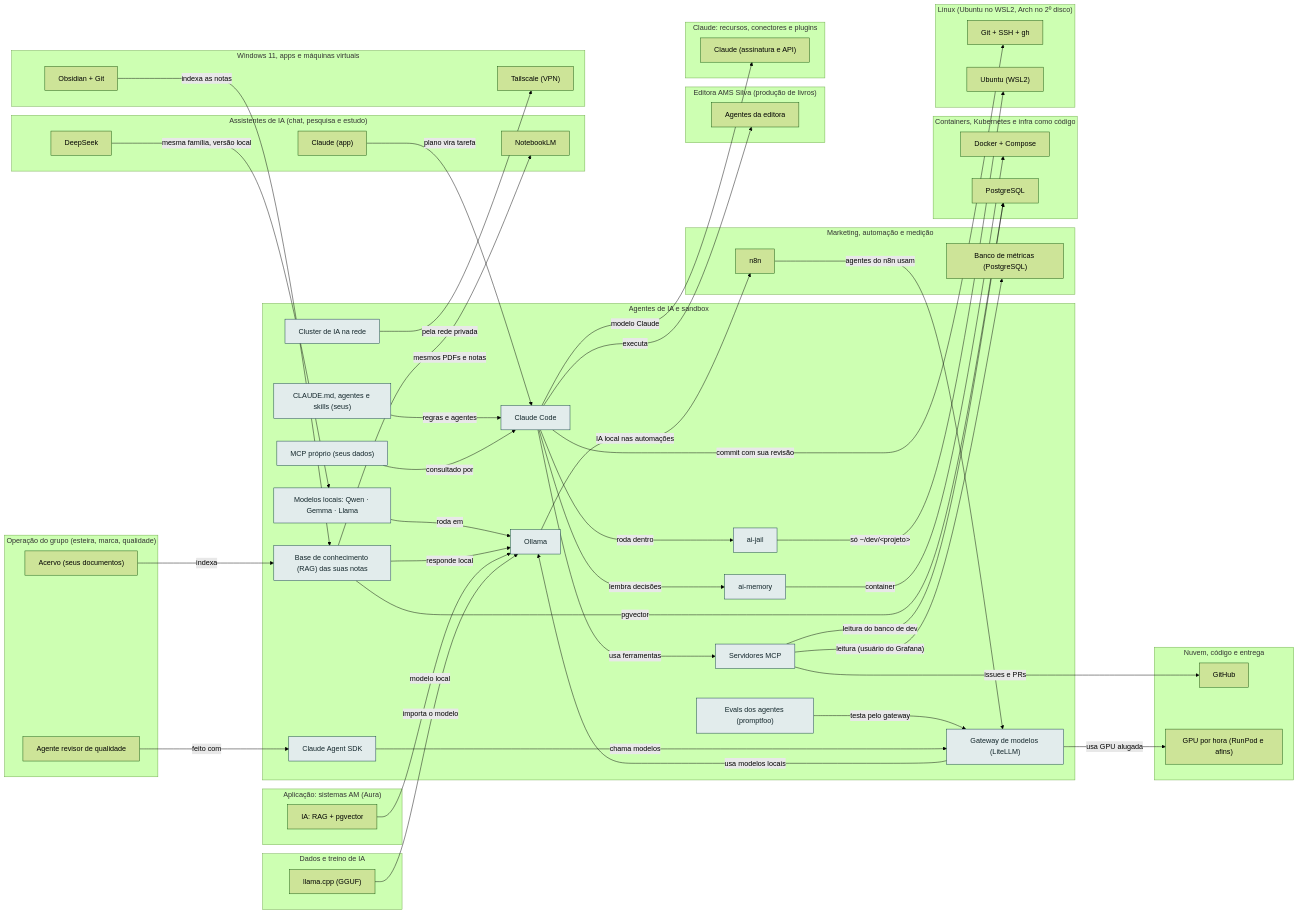
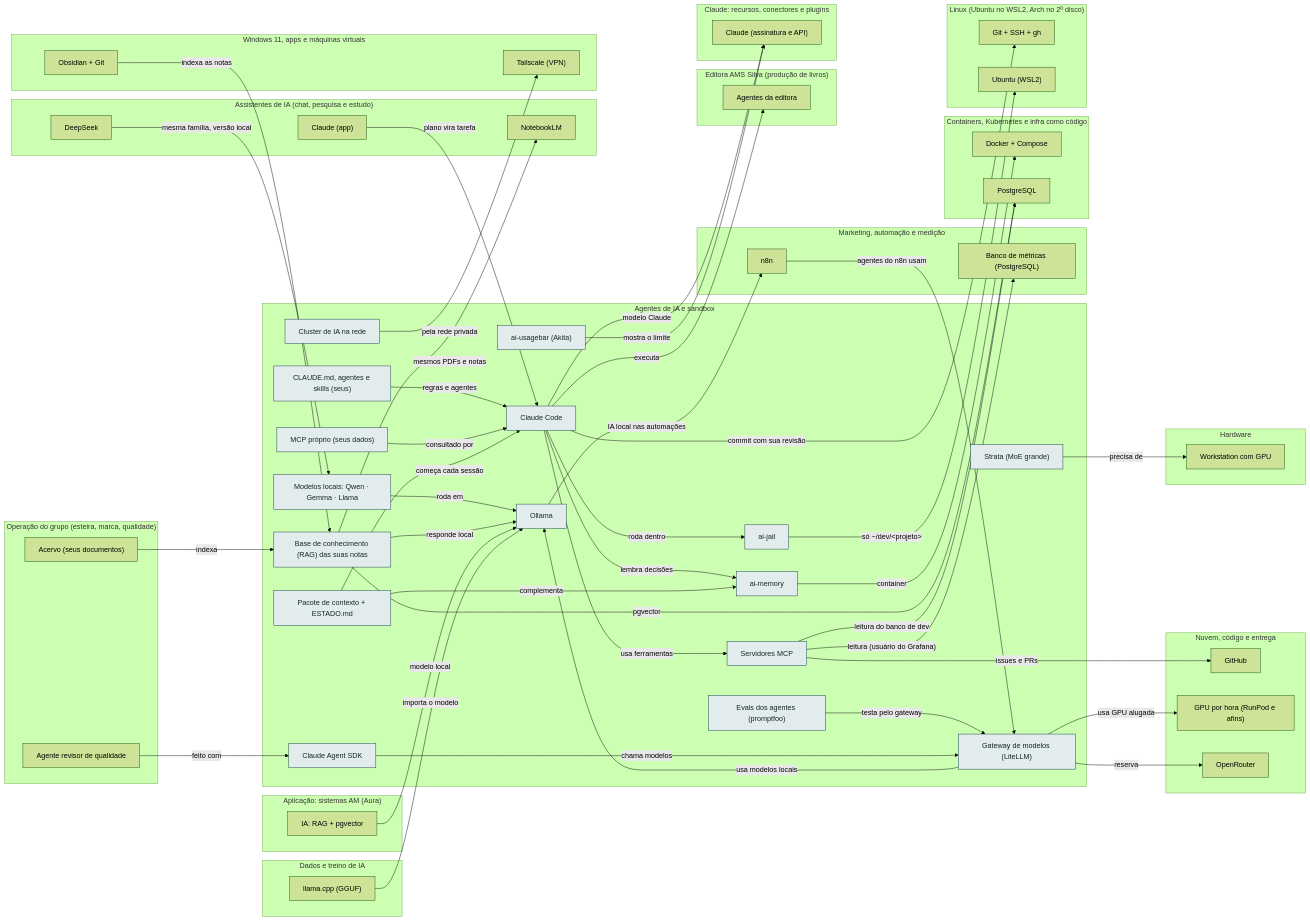
One commit to AlanMateus17/dev-setup changed the diagram in docs/camadas/05-ia.md. Above: the diagram before and after it, drawn with Mermaid (forest theme). The commit also changed other lines of this file and 25 other files, not shown here.

First line of the commit message:
feat: conversas curtas (pacote de contexto e ESTADO.md), ferramentas do Akita e avaliação das outras IAs

````diff
--- a/docs/camadas/05-ia.md
+++ b/docs/camadas/05-ia.md
@@ -27,6 +27,9 @@
     n_mcpproprio["MCP próprio (seus dados)"]
     n_agentsdk["Claude Agent SDK"]
     n_iacluster["Cluster de IA na rede"]
+    n_aiusage["ai-usagebar (Akita)"]
+    n_sessao["Pacote de contexto + ESTADO.md"]
+    n_strata["Strata (MoE grande)"]
   end
   subgraph L_oper["Operação do grupo (esteira, marca, qualidade)"]
     n_acv["Acervo (seus documentos)"]
@@ -42,6 +45,7 @@
   subgraph L_nuvem["Nuvem, código e entrega"]
     n_gh["GitHub"]
     n_gpuh["GPU por hora (RunPod e afins)"]
+    n_openrouter["OpenRouter"]
   end
   subgraph L_app["Aplicação: sistemas AM (Aura)"]
     n_ai["IA: RAG + pgvector"]
@@ -69,6 +73,9 @@
     n_obsd["Obsidian + Git"]
     n_tail["Tailscale (VPN)"]
   end
+  subgraph L_hw["Hardware"]
+    n_ws["Workstation com GPU"]
+  end
   n_lmods -->|"roda em"| n_oll
   n_ds -->|"mesma família, versão local"| n_lmods
   n_rag -->|"responde local"| n_oll
@@ -85,8 +92,10 @@
   n_kit -->|"regras e agentes"| n_cc
   n_capp2 -->|"plano vira tarefa"| n_cc
   n_mcpproprio -->|"consultado por"| n_cc
+  n_sessao -->|"começa cada sessão"| n_cc
   n_jail -->|"só ~/dev/#lt;projeto#gt;"| n_wsl
   n_mem -->|"container"| n_docker
+  n_sessao -->|"complementa"| n_mem
   n_mcp -->|"issues e PRs"| n_gh
   n_mcp -->|"leitura do banco de dev"| n_pg
   n_mcp -->|"leitura (usuário do Grafana)"| n_metrics
@@ -95,11 +104,14 @@
   n_gguf -->|"importa o modelo"| n_oll
   n_litellm -->|"usa modelos locais"| n_oll
   n_litellm -->|"usa GPU alugada"| n_gpuh
+  n_litellm -->|"reserva"| n_openrouter
   n_promptfoo -->|"testa pelo gateway"| n_litellm
   n_agentsdk -->|"chama modelos"| n_litellm
   n_n8n -->|"agentes do n8n usam"| n_litellm
   n_revisor -->|"feito com"| n_agentsdk
   n_iacluster -->|"pela rede privada"| n_tail
+  n_aiusage -->|"mostra o limite"| n_anth
+  n_strata -->|"precisa de"| n_ws
   classDef desta fill:#e2ecec,stroke:#0e3a45,color:#13262b
-  class n_lmods,n_rag,n_cc,n_jail,n_mem,n_mcp,n_kit,n_oll,n_litellm,n_promptfoo,n_mcpproprio,n_agentsdk,n_iacluster desta
+  class n_lmods,n_rag,n_cc,n_jail,n_mem,n_mcp,n_kit,n_oll,n_litellm,n_promptfoo,n_mcpproprio,n_agentsdk,n_iacluster,n_aiusage,n_sessao,n_strata desta
 ```
````
